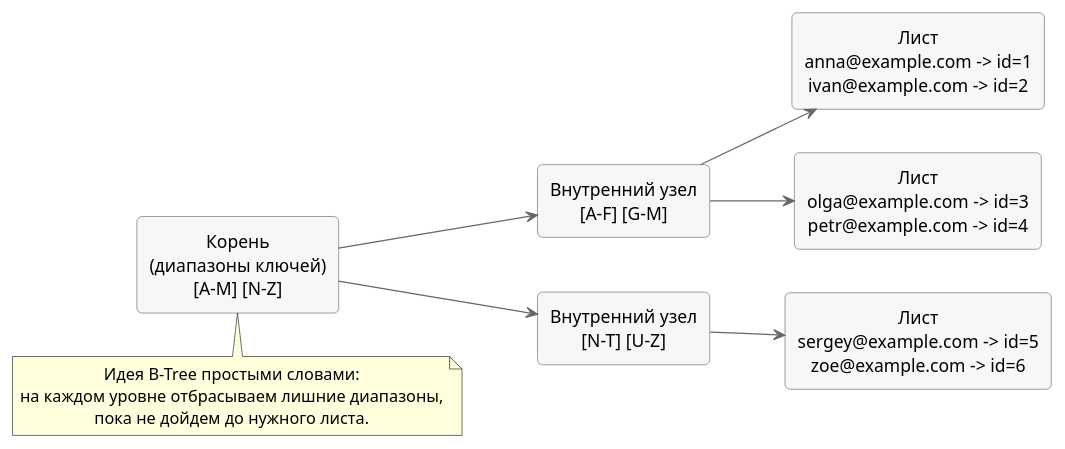
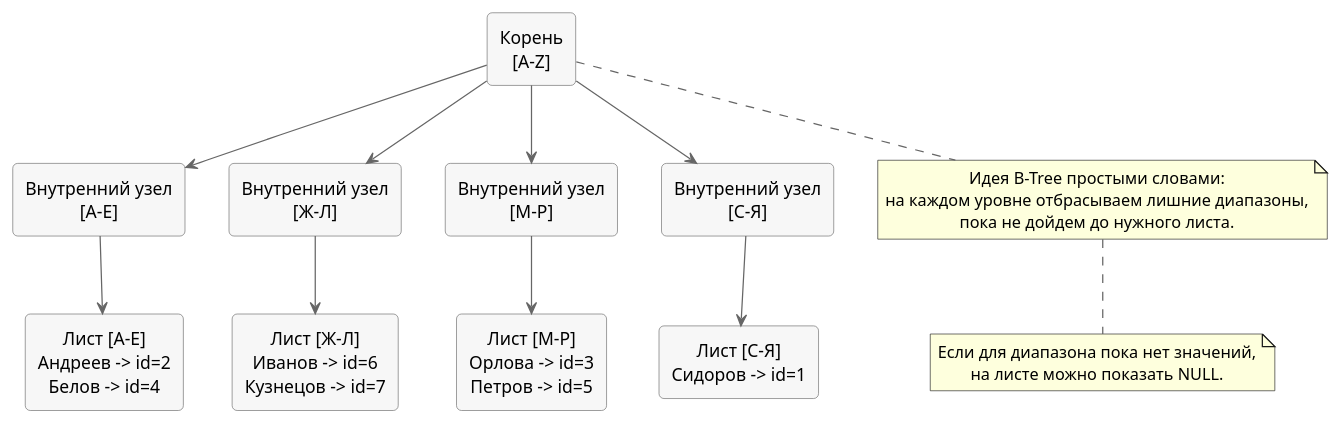
Before and after one commit to vshp-online/it.vshp.online: the diagram in disciplines/it03/lectures/includes/index_btree_structure.plantuml, drawn with PlantUML. The commit also changed 3 other files, not shown here.

Commit message:
Доработал лекцию ИТ.03-20: уточнил контент и схемы по индексам

```diff
--- a/disciplines/it03/lectures/includes/index_btree_structure.plantuml
+++ b/disciplines/it03/lectures/includes/index_btree_structure.plantuml
@@ -1,30 +1,49 @@
 @startuml B-Tree структура индекса MySQL
-left to right direction
+top to bottom direction
 skinparam defaultTextAlignment center
 skinparam rectangle {
   BackgroundColor #F7F7F7
   BorderColor #666666
   RoundCorner 8
 }
 skinparam ArrowColor #666666
 
-rectangle "Корень\n(диапазоны ключей)\n[A-M] [N-Z]" as ROOT
-rectangle "Внутренний узел\n[A-F] [G-M]" as N1
-rectangle "Внутренний узел\n[N-T] [U-Z]" as N2
+rectangle "Корень\n[A-Z]" as ROOT
+rectangle "Внутренний узел\n[А-Е]" as N_AE
+rectangle "Внутренний узел\n[Ж-Л]" as N_JL
+rectangle "Внутренний узел\n[М-Р]" as N_MR
+rectangle "Внутренний узел\n[С-Я]" as N_SY
 
-rectangle "Лист\nanna@example.com -> id=1\nivan@example.com -> id=2" as L1
-rectangle "Лист\nolga@example.com -> id=3\npetr@example.com -> id=4" as L2
-rectangle "Лист\nsergey@example.com -> id=5\nzoe@example.com -> id=6" as L3
+rectangle "Лист [А-Е]\nАндреев -> id=2\nБелов -> id=4" as L_AE
+rectangle "Лист [Ж-Л]\nИванов -> id=6\nКузнецов -> id=7" as L_JL
+rectangle "Лист [М-Р]\nОрлова -> id=3\nПетров -> id=5" as L_MR
+rectangle "Лист [С-Я]\nСидоров -> id=1" as L_SY
 
-ROOT --> N1
-ROOT --> N2
-N1 --> L1
-N1 --> L2
-N2 --> L3
+ROOT --> N_AE
+ROOT --> N_JL
+ROOT --> N_MR
+ROOT --> N_SY
+
+N_AE --> L_AE
+N_JL --> L_JL
+N_MR --> L_MR
+N_SY --> L_SY
+
+N_AE -[hidden]right-> N_JL
+N_JL -[hidden]right-> N_MR
+N_MR -[hidden]right-> N_SY
+L_AE -[hidden]right-> L_JL
+L_JL -[hidden]right-> L_MR
+L_MR -[hidden]right-> L_SY
 
 note bottom of ROOT
 Идея B-Tree простыми словами:
 на каждом уровне отбрасываем лишние диапазоны,
 пока не дойдем до нужного листа.
 end note
+
+note bottom
+Если для диапазона пока нет значений,
+на листе можно показать NULL.
+end note
 @enduml
```
